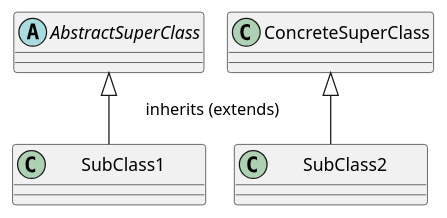
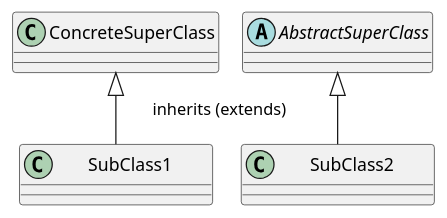
One commit to ThorstenEckstein/ma-wwi24ama changed the diagram in module-classes/docs/diagrams/inheritance.puml. Above: the diagram before and after it, drawn with PlantUML. The commit also changed 15 other files, not shown here.

```diff
--- a/module-classes/docs/diagrams/inheritance.puml
+++ b/module-classes/docs/diagrams/inheritance.puml
@@ -1,16 +1,18 @@
 @startuml
 !pragma layout smetana
 'https://plantuml.com/class-diagram
 
 scale 1.0
 
-abstract class AbstractSuperClass {}
 class ConcreteSuperClass {}
 class "       SubClass1        " as SubClass1
+
+abstract class AbstractSuperClass {}
 class "       SubClass2        " as SubClass2
 
-AbstractSuperClass <|-- SubClass1    : \tinherits (extends)
+ConcreteSuperClass <|-- SubClass1    : \tinherits (extends)
 
-ConcreteSuperClass <|-- SubClass2
+AbstractSuperClass <|-- SubClass2
+
 
 @enduml
```
